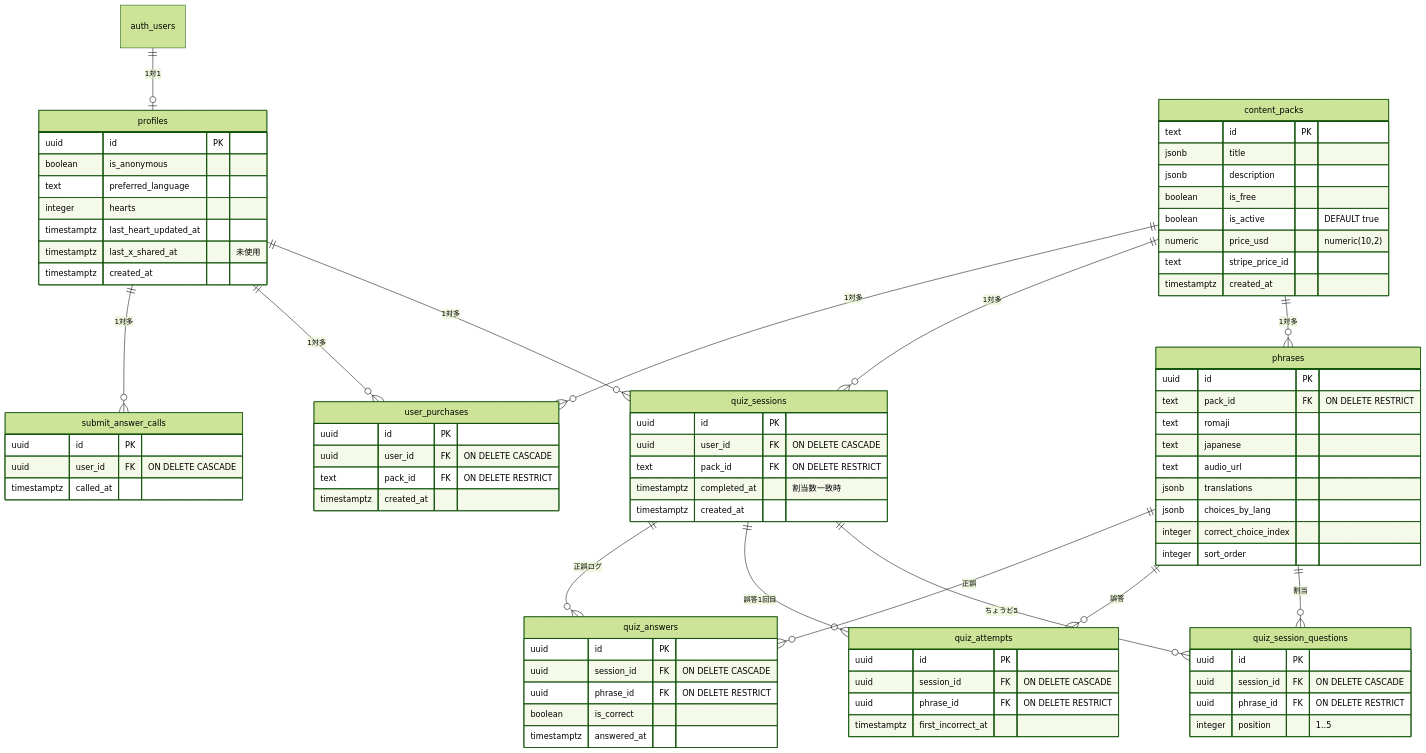
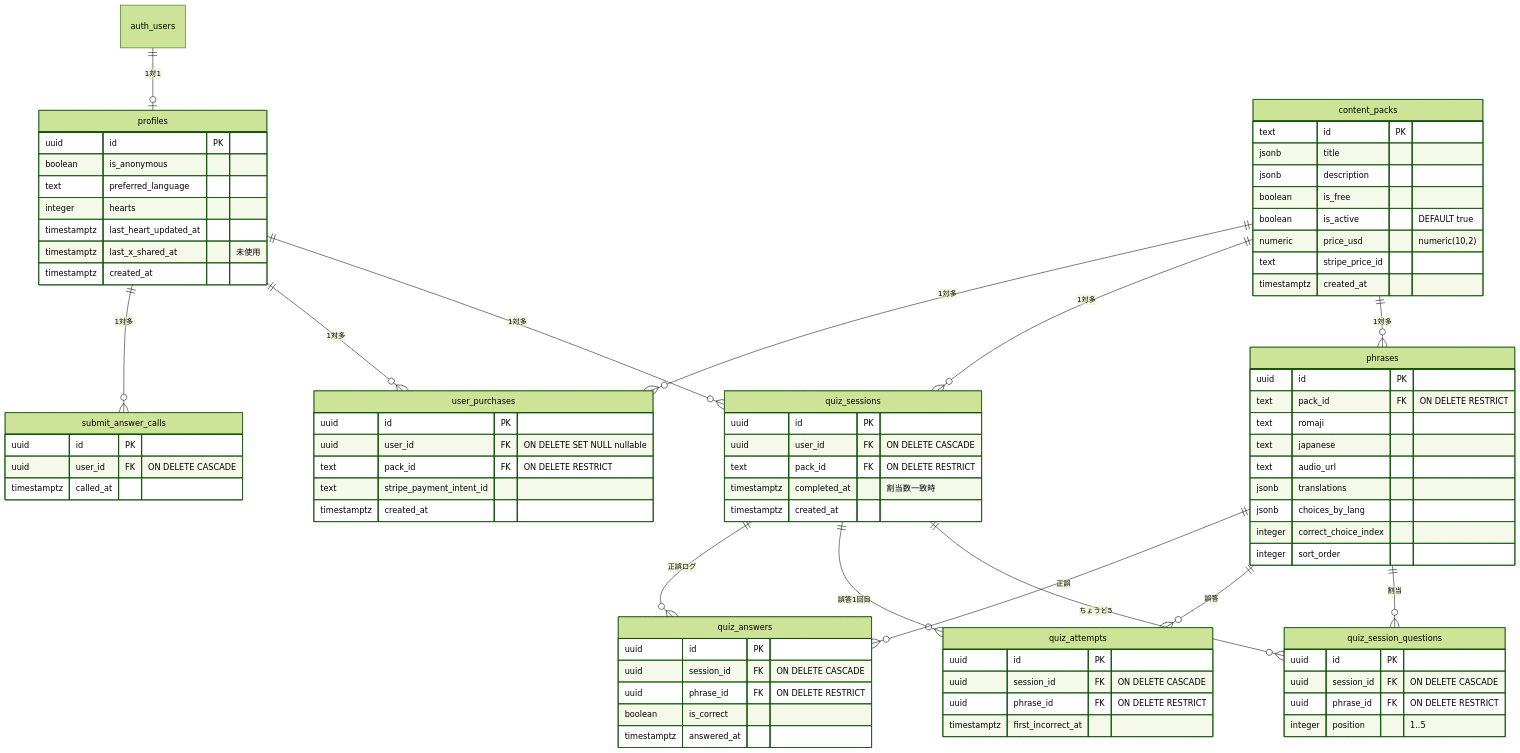
Before and after one commit to atosantasan/japanki: the diagram in docs/design/4_db_schema.md, drawn with Mermaid (forest theme). The commit also changed other lines of this file and 29 other files, not shown here.

```diff
--- a/docs/design/4_db_schema.md
+++ b/docs/design/4_db_schema.md
@@ -115,8 +117,9 @@
 
     user_purchases {
         uuid id PK
-        uuid user_id FK "ON DELETE CASCADE"
+        uuid user_id FK "ON DELETE SET NULL nullable"
         text pack_id FK "ON DELETE RESTRICT"
+        text stripe_payment_intent_id
         timestamptz created_at
     }
 
```
